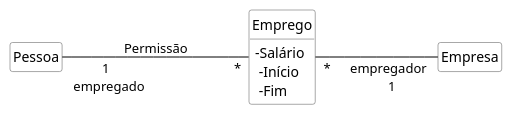
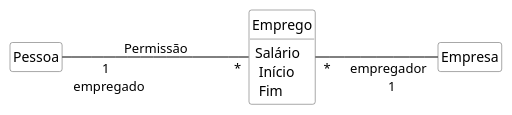
Before and after one commit to kyriosdata/oo: the diagram in imagens/modelos-01/imagem-12/mod01ima12.plantuml, drawn with PlantUML. The commit also changed 5 other files, not shown here.

```diff
--- a/imagens/modelos-01/imagem-12/mod01ima12.plantuml
+++ b/imagens/modelos-01/imagem-12/mod01ima12.plantuml
@@ -1,19 +1,19 @@
 @startuml mod01ima12
 hide circle
 hide methods
 hide empty members
 
 skinparam class {
     BackgroundColor White
     ArrowColor Black
     BorderColor #505050
 }
 skinparam classAttributeIconSize 0
 class "Pessoa" as o1
 class "Emprego" as o2
 class "Empresa" as o3
-o2 : -Salário \n -Início \n -Fim
+o2 : Salário \n Início \n Fim
 left to right direction
 o1"1 \n empregado" --- "*"o2: Permissão
 o2"*" --- "empregador \n 1"o3
 @enduml
```
